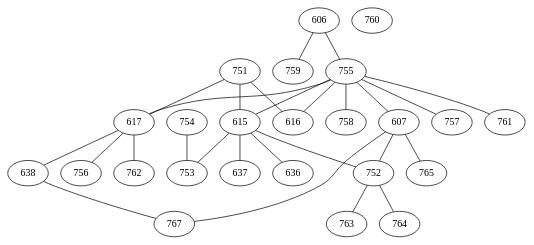
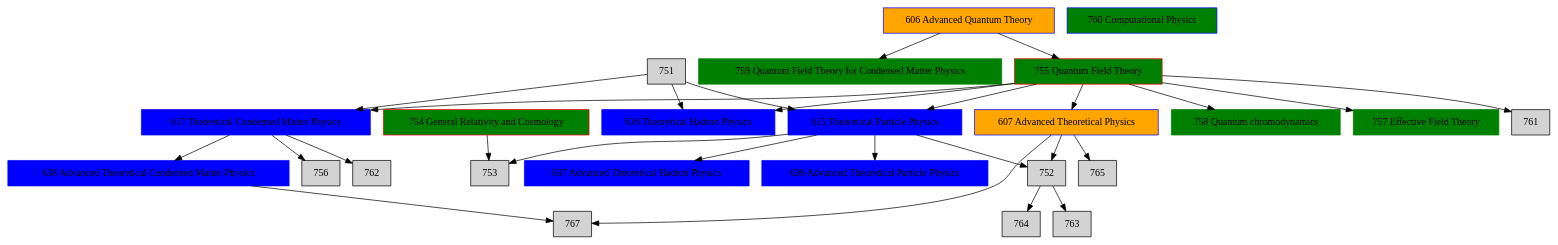
The diagram in Skilltree.dot (martin-ueding/master-of-physics-skilltree), drawn with Graphviz before and after one commit.

Commit message:
Add more modules

```diff
--- a/Skilltree.dot
+++ b/Skilltree.dot
@@ -1,28 +1,41 @@
 // Copyright © 2015 Martin Ueding <dev@martin-ueding.de>
 
-graph {
-    606;
+digraph {
+    node [shape=box style=filled]
+
+    606 [label="606 Advanced Quantum Theory" color=blue fillcolor=orange]
+    607 [label="607 Advanced Theoretical Physics" color=blue fillcolor=orange]
 
     // Elective lectures
-    760;
-    755;
-    758;
-    754;
+    760 [label="760 Computational Physics" color=blue fillcolor=green]
+    755 [label="755 Quantum Field Theory" color=red fillcolor=green]
+    758 [label="758 Quantum chromodynamics" color=green fillcolor=green]
+    754 [label="754 General Relativity and Cosmology" color=red fillcolor=green]
+    757 [label="757 Effective Field Theory" color=green fillcolor=green]
+    759 [label="759 Quantum Field Theory for Condensed Matter Physics" color=green fillcolor=green]
+
+    // [label="" color=red fillcolor=green]
 
     // Specialization 1
-    616;
-    615;
+    615 [label="615 Theoretical Particle Physics" color=blue fillcolor=blue]
+    616 [label="616 Theoretical Hadron Physics" color=blue fillcolor=blue]
+    617 [label="617 Theoretical Condensed Matter Physics" color=blue fillcolor=blue]
+
+    // Specialization 2
+    636 [label="636 Advanced Theoretical Particle Physics" color=blue fillcolor=blue]
+    637 [label="637 Advanced Theoretical Hadron Physics" color=blue fillcolor=blue]
+    638 [label="638 Advanced Theoretical Condensed Matter Physics" color=blue fillcolor=blue]
 
 
-    606 -- 755, 759;
-    751 -- 616, 615, 617;
-    755 -- 757, 758, 616, 615, 607, 761, 617;
-    754 -- 753;
-    615 -- 753, 637, 636, 752;
-    617 -- 762, 638, 756;
-    638 -- 767;
-    607 -- 752, 765, 767;
-    752 -- 763, 764;
+    606 -> 755, 759
+    751 -> 616, 615, 617
+    755 -> 757, 758, 616, 615, 607, 761, 617
+    754 -> 753
+    615 -> 753, 637, 636, 752
+    617 -> 762, 638, 756
+    638 -> 767
+    607 -> 752, 765, 767
+    752 -> 763, 764
 }
 
 // vim: cindent
```
